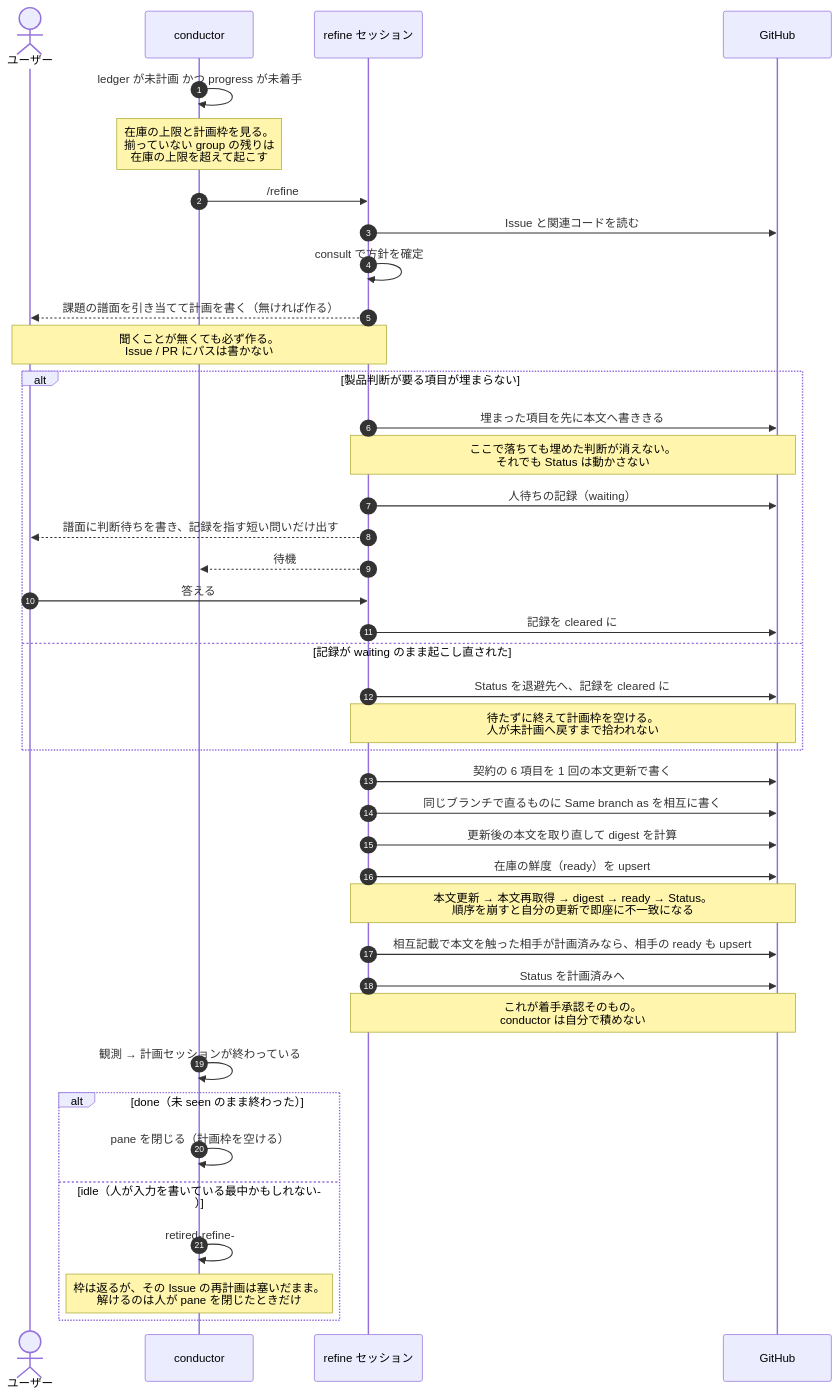
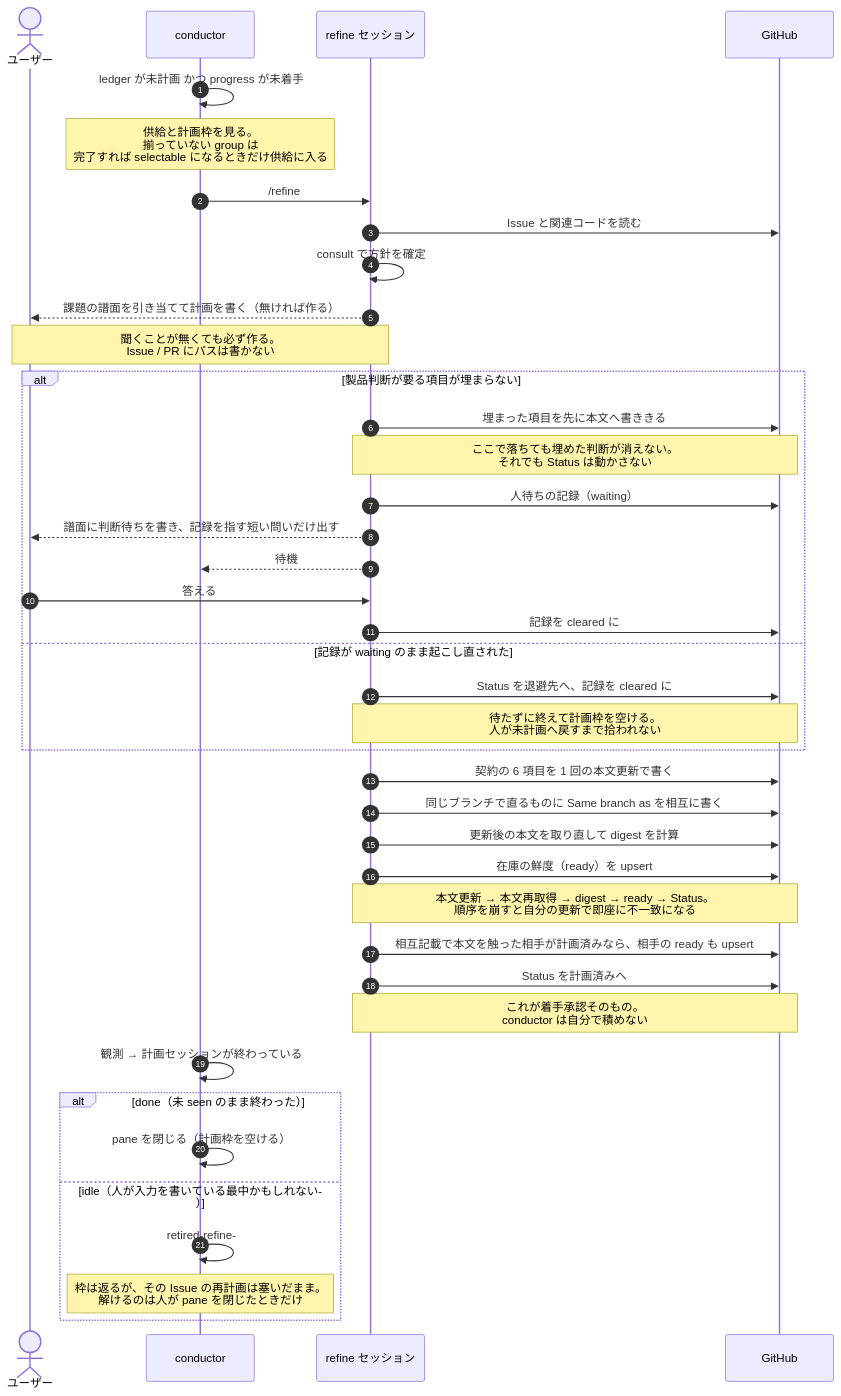
One commit to usagizmo/agentfiles changed the fourth of 4 diagrams in agents/docs/lifecycle.md. Above: the diagram before and after it, drawn with Mermaid. The commit also changed 18 other files, not shown here.

````diff
--- a/agents/docs/lifecycle.md
+++ b/agents/docs/lifecycle.md
@@ -175,46 +175,46 @@
 ```mermaid
 sequenceDiagram
     autonumber
     actor U as ユーザー
     participant C as conductor
     participant F as refine セッション
     participant GH as GitHub
 
     C->>C: ledger が未計画 かつ progress が未着手
-    Note over C: 在庫の上限と計画枠を見る。<br/>揃っていない group の残りは<br/>在庫の上限を超えて起こす
+    Note over C: 供給と計画枠を見る。<br/>揃っていない group は<br/>完了すれば selectable になるときだけ供給に入る
     C->>F: /refine #N
     F->>GH: Issue と関連コードを読む
     F->>F: consult で方針を確定
     F-->>U: 課題の譜面を引き当てて計画を書く（無ければ作る）
     Note over F,U: 聞くことが無くても必ず作る。<br/>Issue / PR にパスは書かない
 
     alt 製品判断が要る項目が埋まらない
         F->>GH: 埋まった項目を先に本文へ書ききる
         Note over F,GH: ここで落ちても埋めた判断が消えない。<br/>それでも Status は動かさない
         F->>GH: 人待ちの記録（waiting）
         F-->>U: 譜面に判断待ちを書き、記録を指す短い問いだけ出す
         F-->>C: 待機
         U->>F: 答える
         F->>GH: 記録を cleared に
     else 記録が waiting のまま起こし直された
         F->>GH: Status を退避先へ、記録を cleared に
         Note over F,GH: 待たずに終えて計画枠を空ける。<br/>人が未計画へ戻すまで拾われない
     end
 
     F->>GH: 契約の 6 項目を 1 回の本文更新で書く
     F->>GH: 同じブランチで直るものに Same branch as を相互に書く
     F->>GH: 更新後の本文を取り直して digest を計算
     F->>GH: 在庫の鮮度（ready）を upsert
     Note over F,GH: 本文更新 → 本文再取得 → digest → ready → Status。<br/>順序を崩すと自分の更新で即座に不一致になる
     F->>GH: 相互記載で本文を触った相手が計画済みなら、相手の ready も upsert
     F->>GH: Status を計画済みへ
     Note over F,GH: これが着手承認そのもの。<br/>conductor は自分で積めない
     C->>C: 観測 → 計画セッションが終わっている
 
     alt done（未 seen のまま終わった）
         C->>C: pane を閉じる（計画枠を空ける）
     else idle（人が入力を書いている最中かもしれない）
         C->>C: retired-refine-#N へ rename する
         Note over C: 枠は返るが、その Issue の再計画は塞いだまま。<br/>解けるのは人が pane を閉じたときだけ
     end
 ```
````
